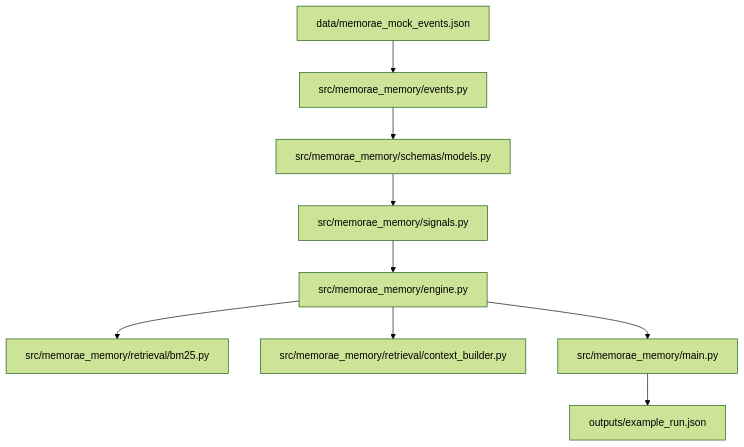
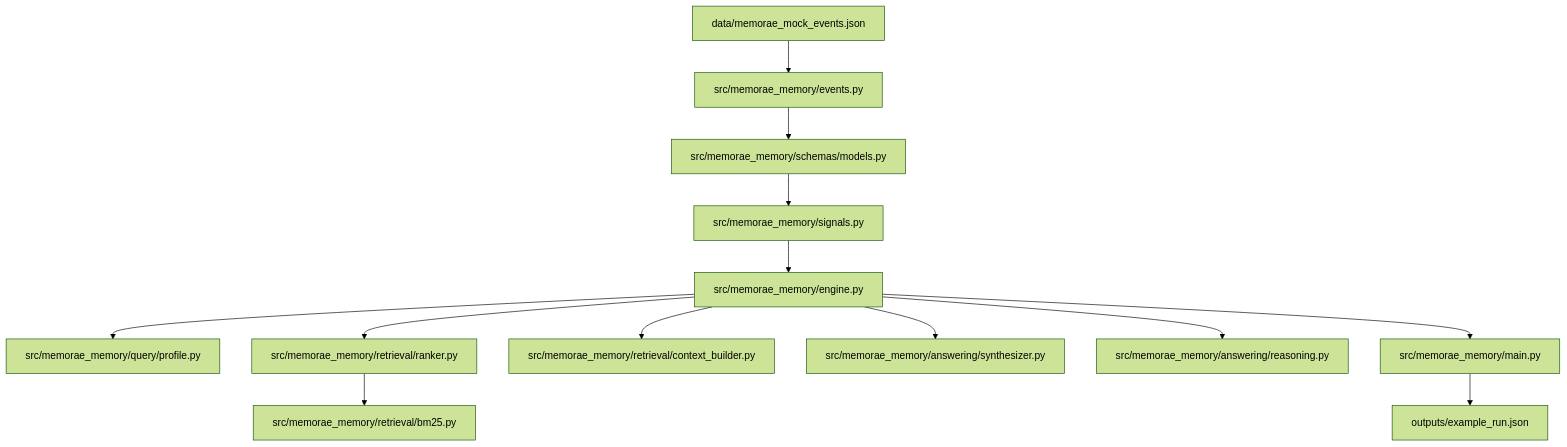
Before and after one commit to mithleshupadhyay/memorae_memory: the second of 11 diagrams in docs/WALKTHROUGH.md, drawn with Mermaid (forest theme). The commit also changed other lines of this file and 19 other files, not shown here.

````diff
--- a/docs/WALKTHROUGH.md
+++ b/docs/WALKTHROUGH.md
@@ -86,11 +86,15 @@
 ```mermaid
 flowchart TD
     A[data/memorae_mock_events.json] --> B[src/memorae_memory/events.py]
     B --> S[src/memorae_memory/schemas/models.py]
     S --> C[src/memorae_memory/signals.py]
     C --> D[src/memorae_memory/engine.py]
-    D --> E[src/memorae_memory/retrieval/bm25.py]
+    D --> Q[src/memorae_memory/query/profile.py]
+    D --> R[src/memorae_memory/retrieval/ranker.py]
+    R --> E[src/memorae_memory/retrieval/bm25.py]
     D --> F[src/memorae_memory/retrieval/context_builder.py]
+    D --> A1[src/memorae_memory/answering/synthesizer.py]
+    D --> A2[src/memorae_memory/answering/reasoning.py]
     D --> G[src/memorae_memory/main.py]
     G --> H[outputs/example_run.json]
 ```
````
